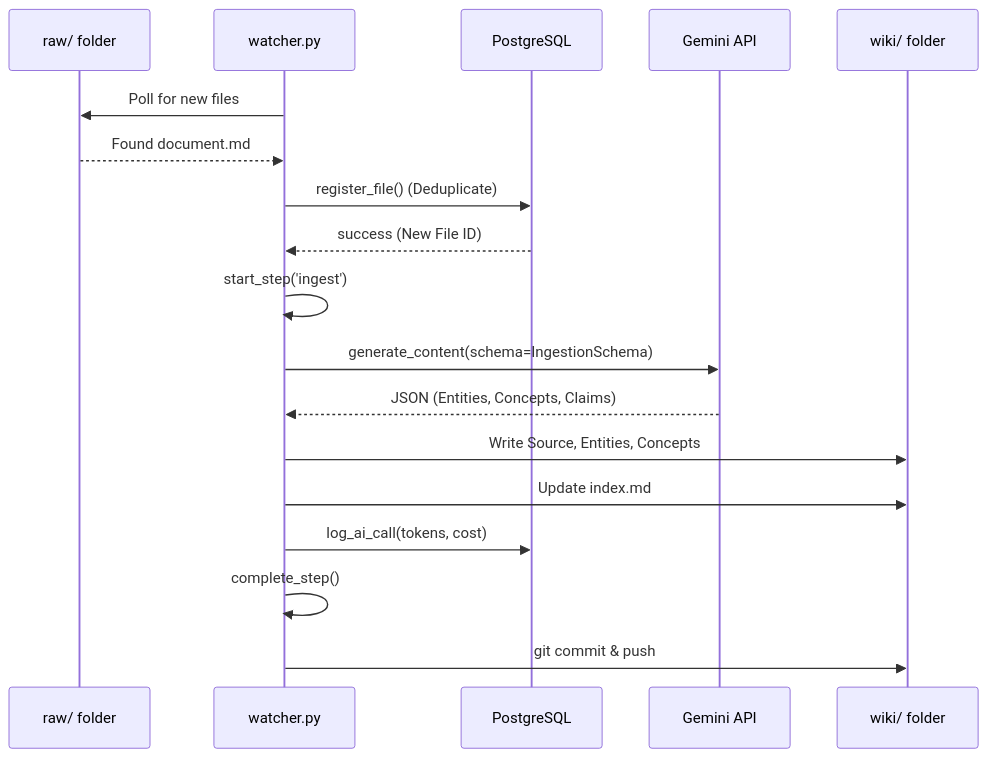
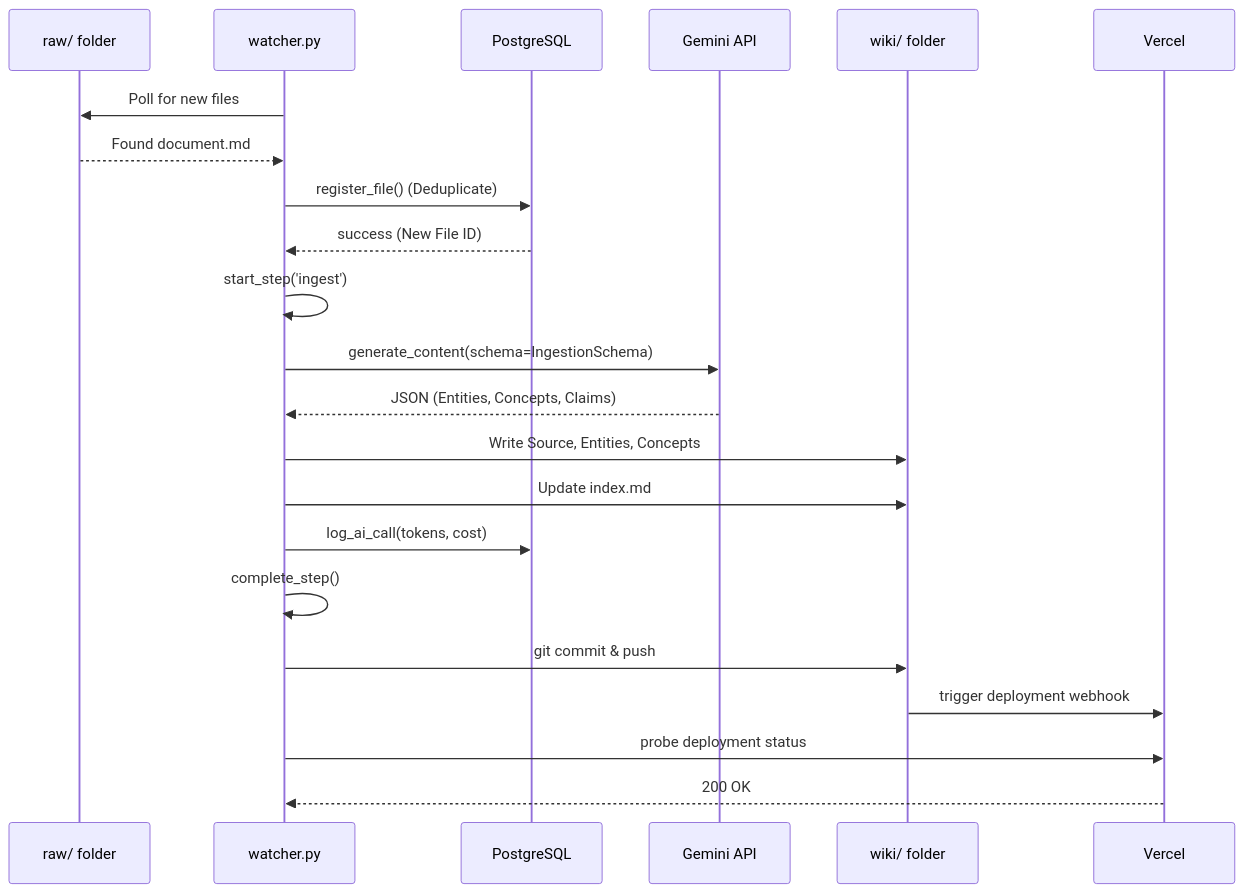
Before and after one commit to poovannanrajendran/memex: the second of 2 diagrams in docs/02_architecture.md, drawn with Mermaid. The commit also changed other lines of this file and 1 other file, not shown here.

Commit message:
docs: update PRD v2 and Architecture to reflect Vercel auto-deploy and probe mechanics

````diff
--- a/docs/02_architecture.md
+++ b/docs/02_architecture.md
@@ -65,21 +67,25 @@
 ```mermaid
 sequenceDiagram
     participant R as raw/ folder
     participant W as watcher.py
     participant DB as PostgreSQL
     participant G as Gemini API
     participant Wiki as wiki/ folder
+    participant V as Vercel
 
     W->>R: Poll for new files
     R-->>W: Found document.md
     W->>DB: register_file() (Deduplicate)
     DB-->>W: success (New File ID)
     W->>W: start_step('ingest')
     W->>G: generate_content(schema=IngestionSchema)
     G-->>W: JSON (Entities, Concepts, Claims)
     W->>Wiki: Write Source, Entities, Concepts
     W->>Wiki: Update index.md
     W->>DB: log_ai_call(tokens, cost)
     W->>W: complete_step()
     W->>Wiki: git commit & push
+    Wiki->>V: trigger deployment webhook
+    W->>V: probe deployment status
+    V-->>W: 200 OK
 ```
````
